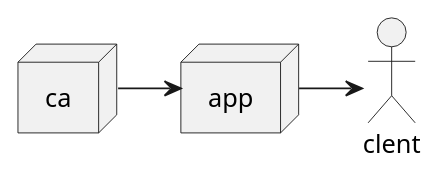
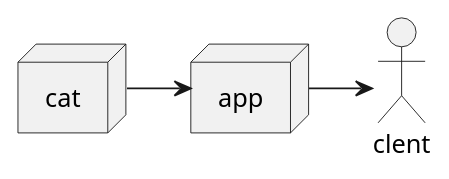
The diagram in test.iuml (Vivekyadavgithub/PlantUML-tut), drawn with PlantUML before and after one commit.

```diff
--- a/test.iuml
+++ b/test.iuml
@@ -1,8 +1,8 @@
 @startuml
 actor clent
 node app
-node ca
+node cat
 
-ca -> app
+cat -> app
 app -> clent
 @enduml
```
